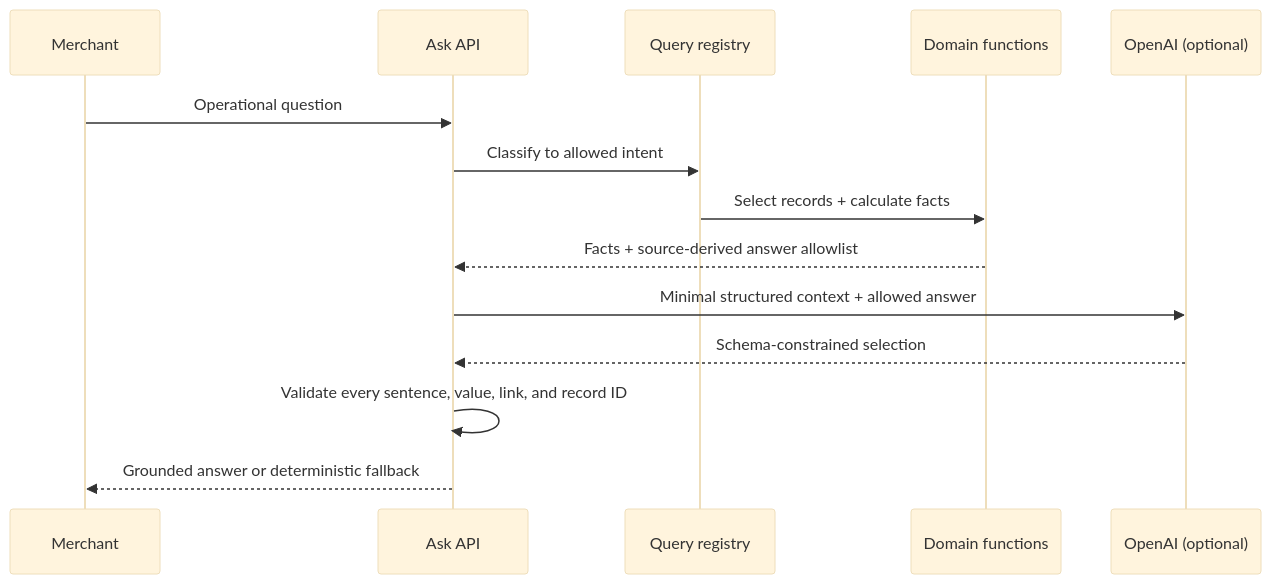
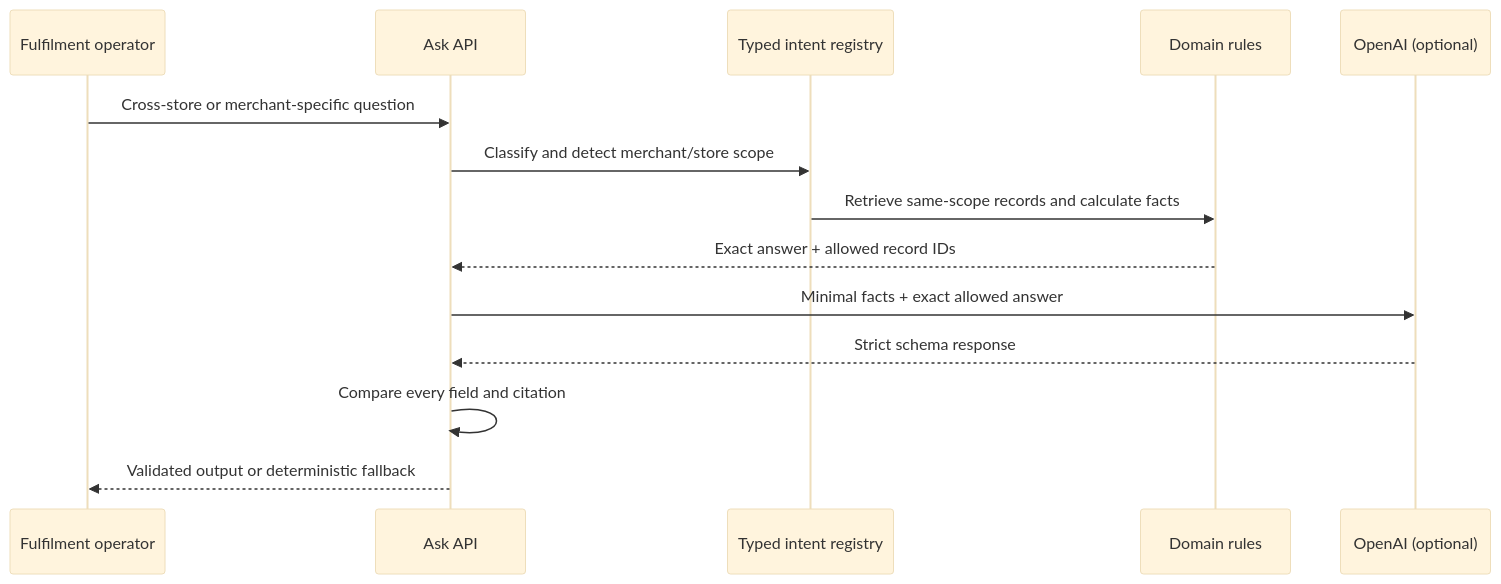
The second of 2 diagrams in docs/architecture.md (umeanougo/storeops-copilot), drawn with Mermaid (base theme) before and after one commit. The commit also changed other lines of this file and 45 other files, not shown here.

Commit message:
Reframe StoreOps for multi-merchant fulfilment

````diff
--- a/docs/architecture.md
+++ b/docs/architecture.md
@@ -42,16 +42,16 @@
 ```mermaid
 sequenceDiagram
-  participant M as Merchant
-  participant A as Ask API
-  participant R as Query registry
-  participant D as Domain functions
+  participant U as Fulfilment operator
+  participant API as Ask API
+  participant R as Typed intent registry
+  participant D as Domain rules
   participant O as OpenAI (optional)
-  M->>A: Operational question
-  A->>R: Classify to allowed intent
-  R->>D: Select records + calculate facts
-  D-->>A: Facts + source-derived answer allowlist
-  A->>O: Minimal structured context + allowed answer
-  O-->>A: Schema-constrained selection
-  A->>A: Validate every sentence, value, link, and record ID
-  A-->>M: Grounded answer or deterministic fallback
+  U->>API: Cross-store or merchant-specific question
+  API->>R: Classify and detect merchant/store scope
+  R->>D: Retrieve same-scope records and calculate facts
+  D-->>API: Exact answer + allowed record IDs
+  API->>O: Minimal facts + exact allowed answer
+  O-->>API: Strict schema response
+  API->>API: Compare every field and citation
+  API-->>U: Validated output or deterministic fallback
 ```
````
